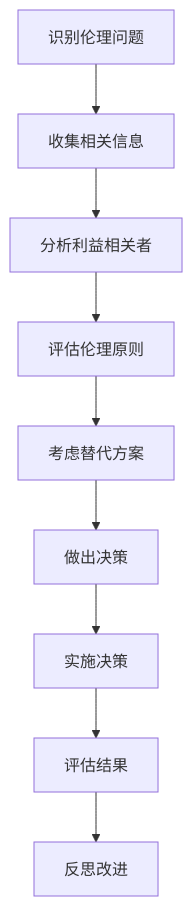
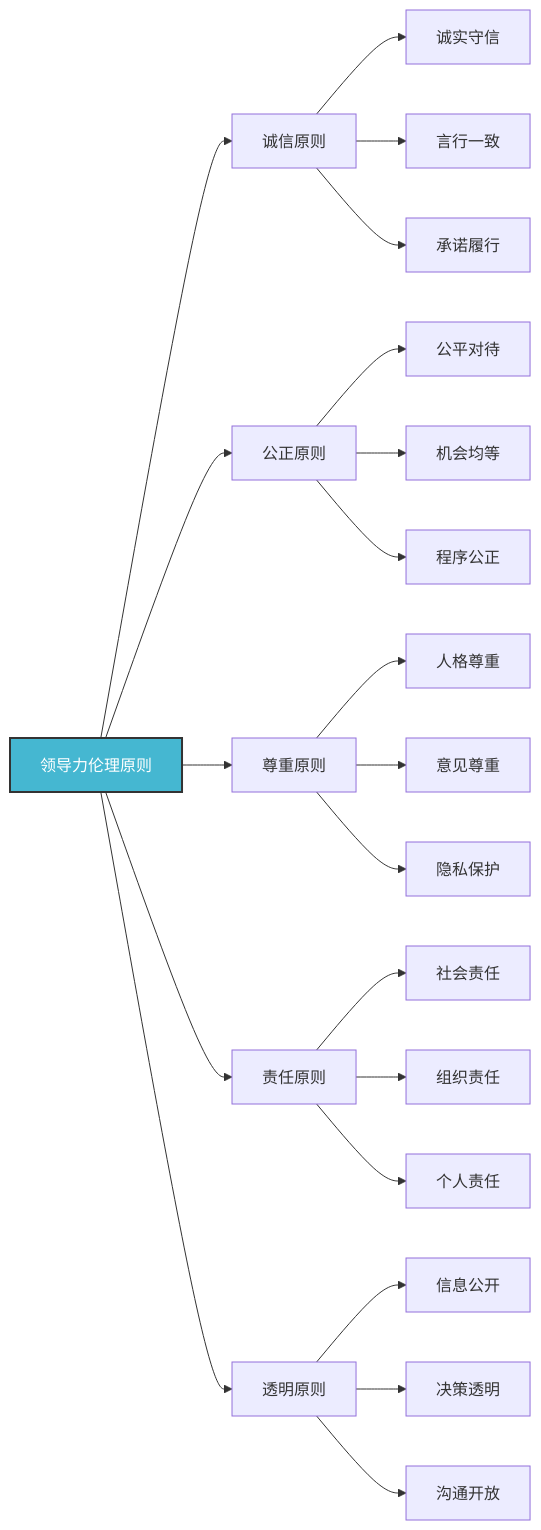
Before and after one commit to Anping2017/obsidian: the third of 6 diagrams in 企业领导力/01-基础认知层/05-领导力伦理与价值观.md, drawn with Mermaid. The commit also changed other lines of this file and 8 other files, not shown here.

````diff
--- a/企业领导力/01-基础认知层/05-领导力伦理与价值观.md
+++ b/企业领导力/01-基础认知层/05-领导力伦理与价值观.md
@@ -144,11 +80,30 @@
 ```mermaid
-graph TD
-    A[识别伦理问题] --> B[收集相关信息]
-    B --> C[分析利益相关者]
-    C --> D[评估伦理原则]
-    D --> E[考虑替代方案]
-    E --> F[做出决策]
-    F --> G[实施决策]
-    G --> H[评估结果]
-    H --> I[反思改进]
+graph LR
+    A[领导力伦理原则] --> B[诚信原则]
+    A --> C[公正原则]
+    A --> D[尊重原则]
+    A --> E[责任原则]
+    A --> F[透明原则]
+    
+    B --> B1[诚实守信]
+    B --> B2[言行一致]
+    B --> B3[承诺履行]
+    
+    C --> C1[公平对待]
+    C --> C2[机会均等]
+    C --> C3[程序公正]
+    
+    D --> D1[人格尊重]
+    D --> D2[意见尊重]
+    D --> D3[隐私保护]
+    
+    E --> E1[社会责任]
+    E --> E2[组织责任]
+    E --> E3[个人责任]
+    
+    F --> F1[信息公开]
+    F --> F2[决策透明]
+    F --> F3[沟通开放]
+    
+    style A fill:#45b7d1,stroke:#333,stroke-width:2px,color:#fff
 ```
````
